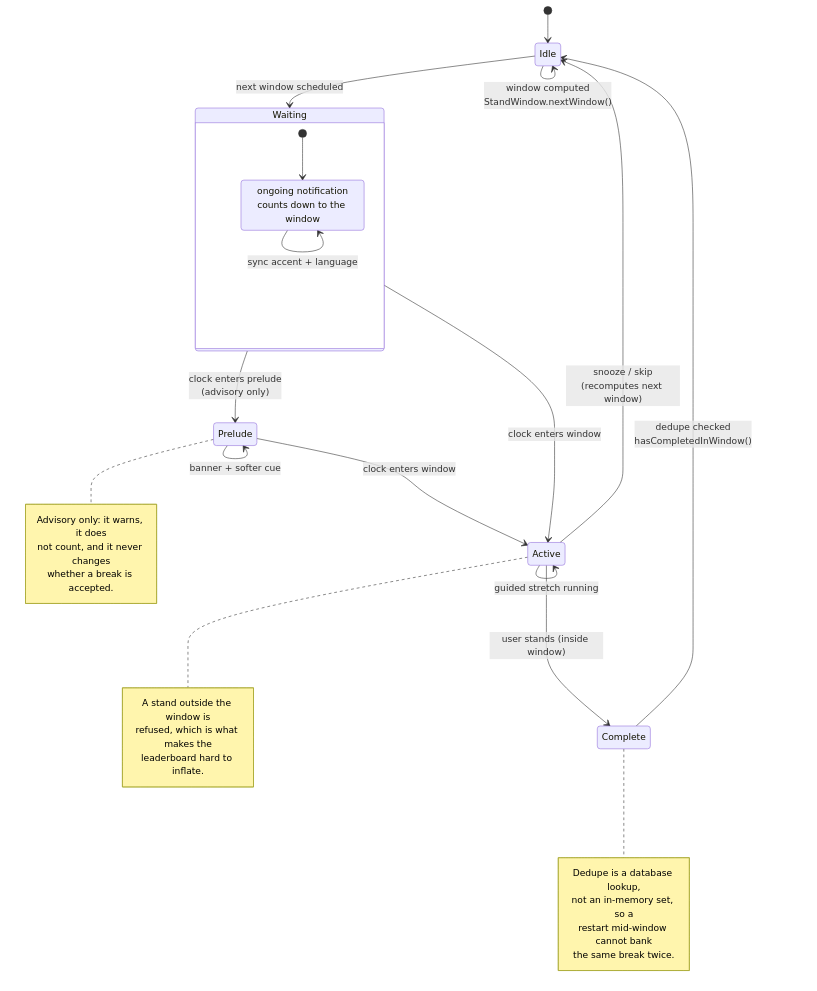
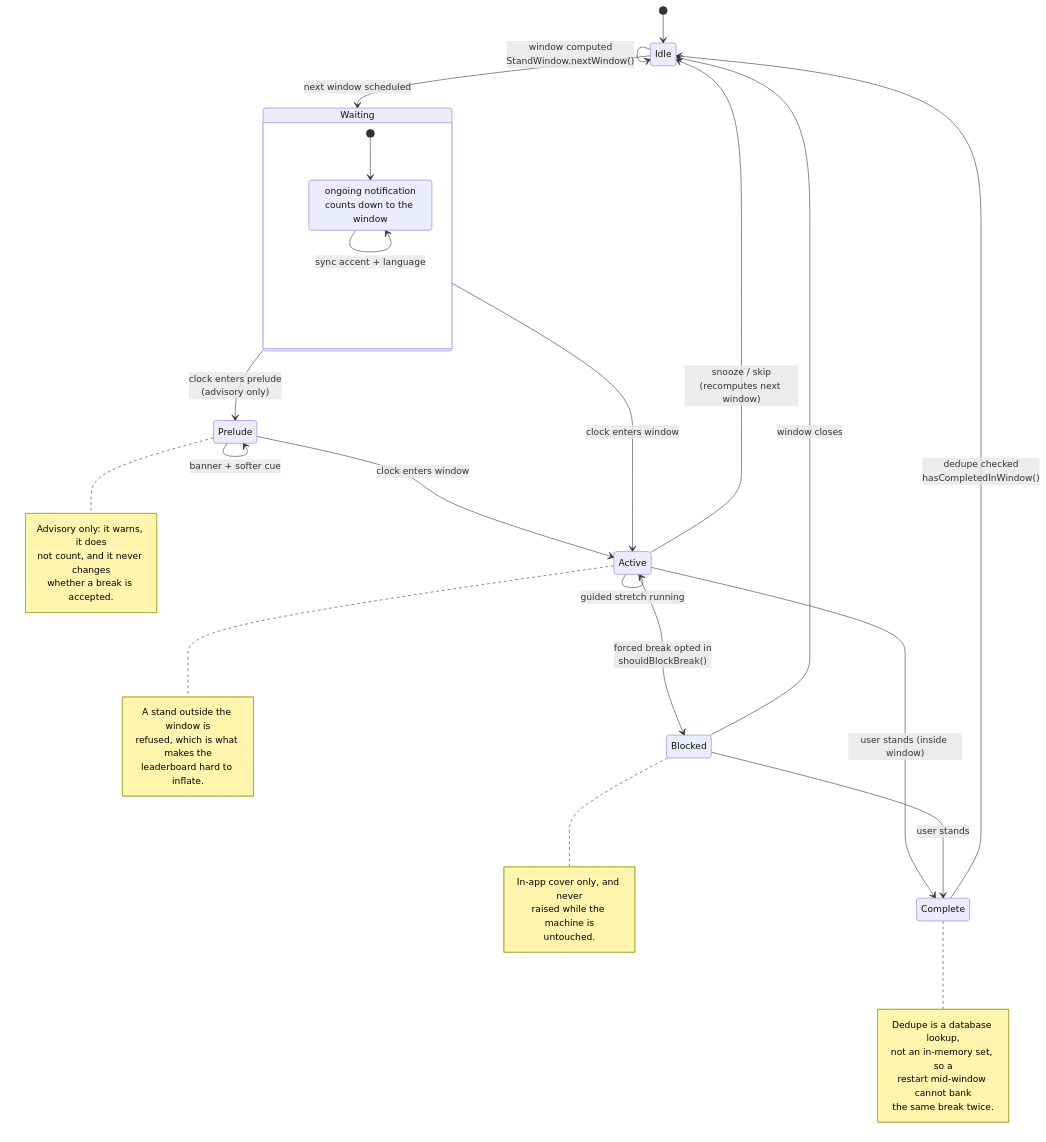
The fifth of 5 diagrams in docs/ARCHITECTURE.md (menoc61/standup), drawn with Mermaid before and after one commit. The commit also changed other lines of this file and 15 other files, not shown here.

````diff
--- a/docs/ARCHITECTURE.md
+++ b/docs/ARCHITECTURE.md
@@ -329,42 +336,51 @@
 ```mermaid
 stateDiagram-v2
     [*] --> Idle
 
     Idle --> Idle: window computed<br/>StandWindow.nextWindow()
     Idle --> Waiting: next window scheduled
 
     state Waiting {
         [*] --> countdown
         countdown: ongoing notification<br/>counts down to the window
         countdown --> countdown: sync accent + language
     }
 
     Waiting --> Prelude: clock enters prelude<br/>(advisory only)
     Prelude --> Prelude: banner + softer cue
     Prelude --> Active: clock enters window
     Waiting --> Active: clock enters window
     Active --> Active: guided stretch running
     Active --> Complete: user stands (inside window)
     Active --> Idle: snooze / skip<br/>(recomputes next window)
+    Active --> Blocked: forced break opted in<br/>shouldBlockBreak()
+    Blocked --> Complete: user stands
+    Blocked --> Idle: window closes
 
     Complete --> Idle: dedupe checked<br/>hasCompletedInWindow()
 
     note right of Active
         A stand outside the window is
         refused, which is what makes the
         leaderboard hard to inflate.
+    end note
+
+    note right of Blocked
+        In-app cover only, and never
+        raised while the machine is
+        untouched.
     end note
 
     note right of Prelude
         Advisory only: it warns, it does
         not count, and it never changes
         whether a break is accepted.
     end note
 
     note right of Complete
         Dedupe is a database lookup,
         not an in-memory set, so a
         restart mid-window cannot bank
         the same break twice.
     end note
 ```
````
